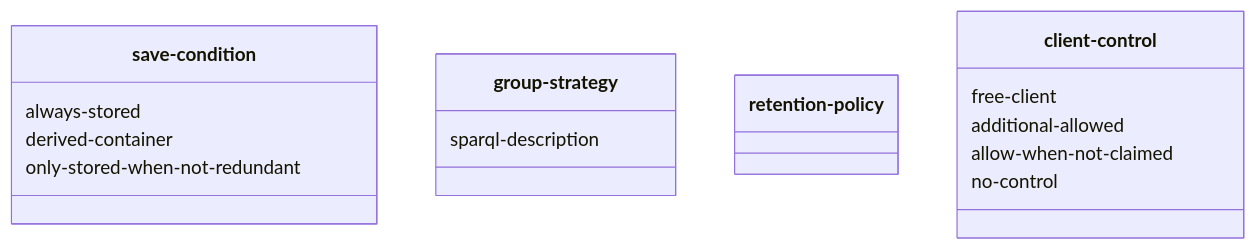
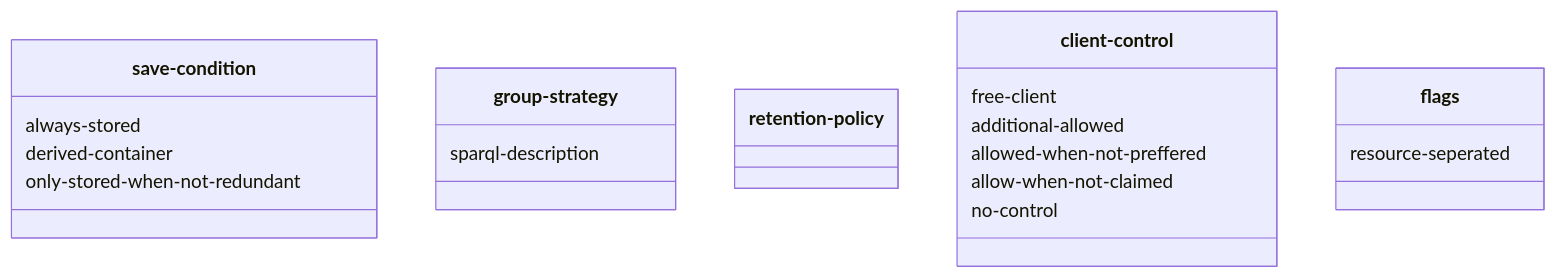
The diagram in solution/storage-guidance-ontology/index.md (jitsedesmet/thesis), drawn with Mermaid before and after one commit. The commit also changed other lines of this file, not shown here.

````diff
--- a/solution/storage-guidance-ontology/index.md
+++ b/solution/storage-guidance-ontology/index.md
@@ -86,19 +115,23 @@
 ```mermaid
 classDiagram
     class save-condition{
       always-stored
       derived-container
       only-stored-when-not-redundant
     }
     class group-strategy{
       sparql-description
     }
     class retention-policy{
     }
     class client-control {
         free-client
         additional-allowed
+        allowed-when-not-preffered
         allow-when-not-claimed
         no-control
     }
+    class flags {
+        resource-seperated
+    }
 ```
````
